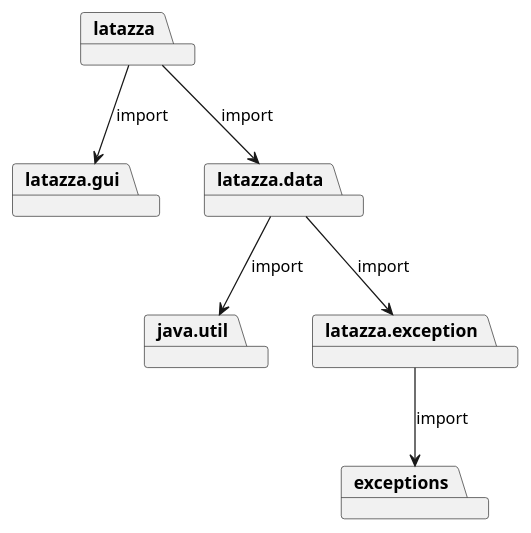
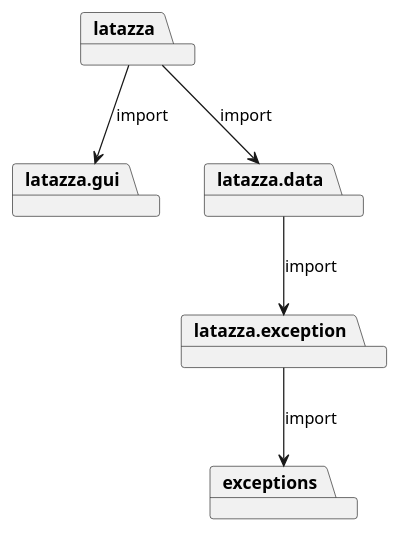
The first of 7 diagrams in templates/DesignDocumentTemplate.md (salvatore-dimartino/LaTazza), drawn with PlantUML before and after one commit.

````diff
--- a/templates/DesignDocumentTemplate.md
+++ b/templates/DesignDocumentTemplate.md
@@ -34,18 +34,16 @@
 ```plantuml
 @startuml
 
 package latazza.gui
-package java.util
 package latazza.data
 package latazza.exception
 package latazza
 package exceptions
 
 latazza --> latazza.gui: import
 latazza --> latazza.data: import
 latazza.data --> latazza.exception: import
 latazza.exception --> exceptions: import
-latazza.data --> java.util: import
 
 @enduml
 ```
````
